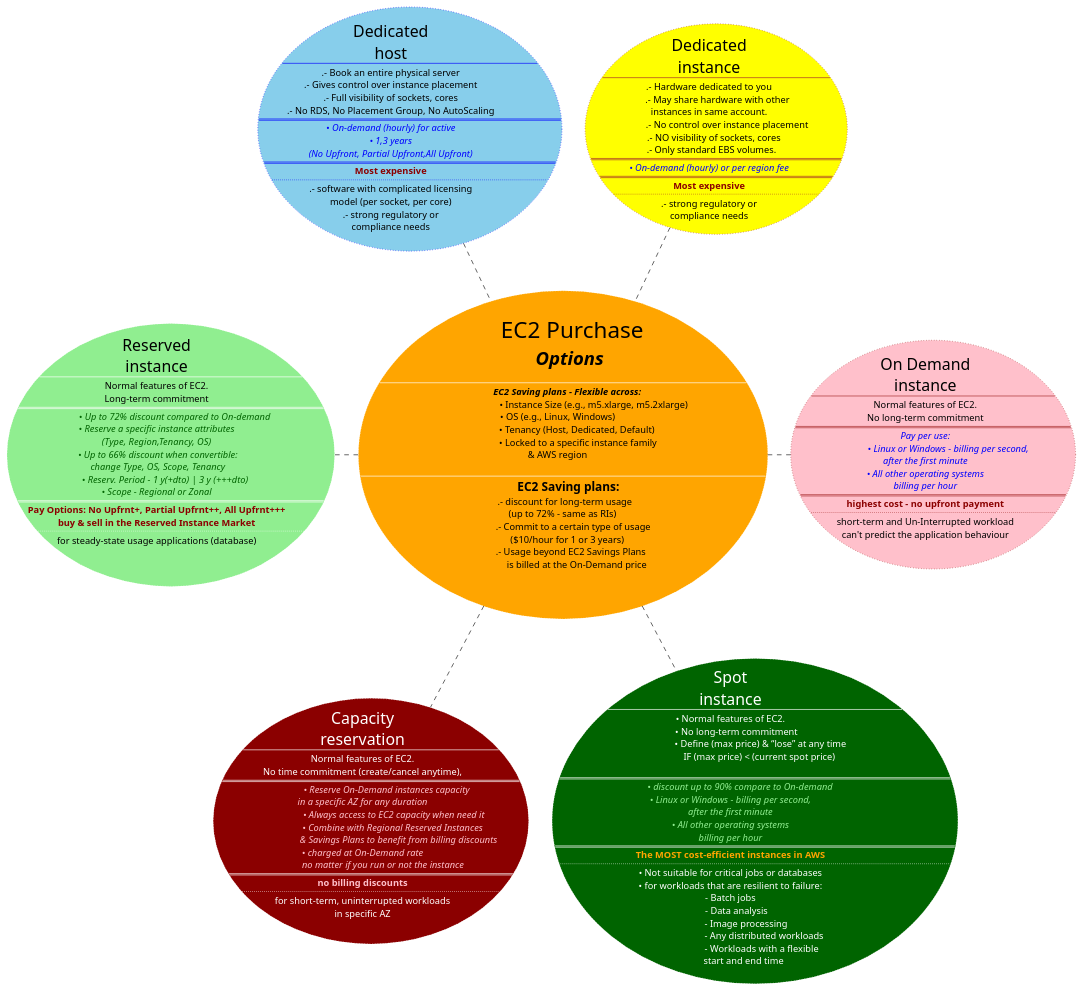
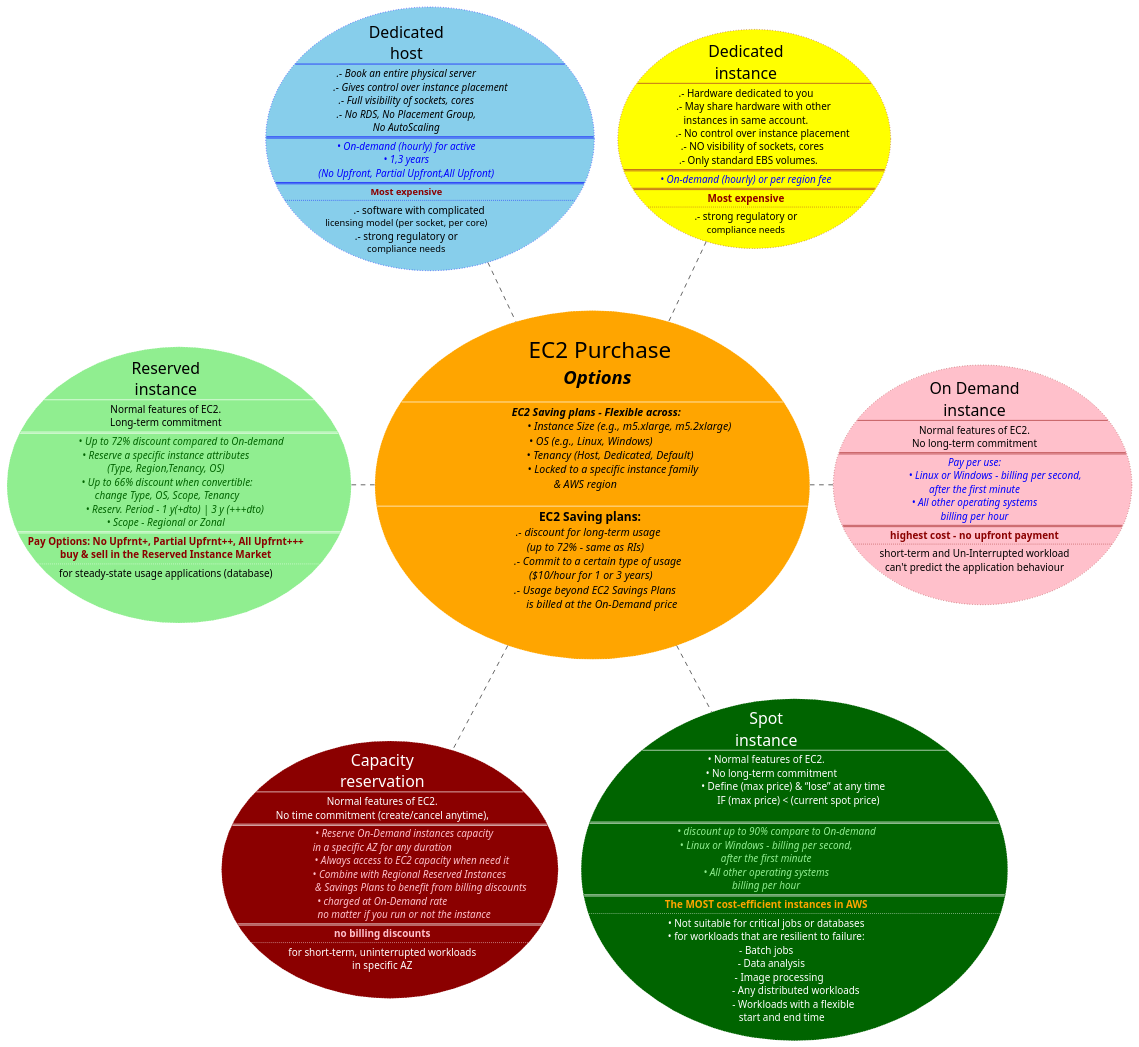
Before and after one commit to avall/AWS-SAA-C03: the diagram in assets/uml/003-ec2/ec2-purchase-options.puml, drawn with PlantUML. The commit also changed 1 other file, not shown here.

Commit message:
- EC2 purchase options

```diff
--- a/assets/uml/003-ec2/ec2-purchase-options.puml
+++ b/assets/uml/003-ec2/ec2-purchase-options.puml
@@ -1,171 +1,172 @@
 @startuml
 
 usecase purchase_options #orange;line:white;line.dotted;text:black [
   <font:impact><size:34>     EC2 Purchase</size></font>
   <i><size:28><b>     Options</b></size></i>
 
   ----
-  <b><i><size:14>        EC2 Saving plans - Flexible across:
-                                • Instance Size (e.g., m5.xlarge, m5.2xlarge)
-  • OS (e.g., Linux, Windows)
-                  • Tenancy (Host, Dedicated, Default)
-                   • Locked to a specific instance family
-& AWS region
+  <b><i><size:16>        EC2 Saving plans - Flexible across:
+<i><size:16>                                • Instance Size (e.g., m5.xlarge, m5.2xlarge)
+<i><size:16>    • OS (e.g., Linux, Windows)
+<i><size:16>                  • Tenancy (Host, Dedicated, Default)
+<i><size:16>                    • Locked to a specific instance family
+<i><size:16>& AWS region
 
   ----
-  <b><size:18>       EC2 Saving plans:
-        .- discount for long-term usage
-      (up to 72% - same as RIs)
-               .- Commit to a certain type of usage
-          ($10/hour for 1 or 3 years)
-             .- Usage beyond EC2 Savings Plans
-                  is billed at the On-Demand price
+<b><size:18>   EC2 Saving plans:
+<i><size:16>  .- discount for long-term usage
+<i><size:16>(up to 72% - same as RIs)
+<i><size:16>         .- Commit to a certain type of usage
+<i><size:16>    ($10/hour for 1 or 3 years)
+<i><size:16>       .- Usage beyond EC2 Savings Plans
+<i><size:16>            is billed at the On-Demand price
 \n
 ]
 
 usecase dedicated_host #skyblue;line:blue;line.dotted;text:black [
  <font:impact><size:24>Dedicated</size></font>
  <font:impact><size:24>host</size></font>
 ----
-.- Book an entire physical server
-.- Gives control over instance placement
-.- Full visibility of sockets, cores
-.- No RDS, No Placement Group, No AutoScaling
+<i><size:15>.- Book an entire physical server
+<i><size:15>           .- Gives control over instance placement
+<i><size:15>.- Full visibility of sockets, cores
+<i><size:15>.- No RDS, No Placement Group,
+<i><size:15>No AutoScaling
 ====
-<i><color:blue>• On-demand (hourly) for active</color></i>
-<i><color:blue>• 1,3 years</color></i>
-<i><color:blue>(No Upfront, Partial Upfront,All Upfront)</color></i>
+<i><size:15><color:blue>• On-demand (hourly) for active</color></i>
+<i><size:15><color:blue>• 1,3 years</color></i>
+<i><size:15><color:blue>(No Upfront, Partial Upfront,All Upfront)</color></i>
 ====
 <b><color:darkred>Most expensive</color></b>
 ....
-.- software with complicated licensing
-model (per socket, per core)
-.- strong regulatory or
+<size:15>          .- software with complicated
+licensing model (per socket, per core)
+<size:15>.- strong regulatory or
 compliance needs
 ]
 
 usecase dedicated_instance #yellow;line:brown;line.dotted;text:black [
  <font:impact><size:24>Dedicated</size></font>
  <font:impact><size:24>instance</size></font>
 ----
-.- Hardware dedicated to you
-        .- May share hardware with other
-instances in same account.
-                .- No control over instance placement
-     .- NO visibility of sockets, cores
-   .- Only standard EBS volumes.
+<size:15>.- Hardware dedicated to you
+<size:15>      .- May share hardware with other
+<size:15>instances in same account.
+<size:15>             .- No control over instance placement
+<size:15>     .- NO visibility of sockets, cores
+<size:15>  .- Only standard EBS volumes.
 ====
-<i><color:blue>• On-demand (hourly) or per region fee</color></i>
+<i><size:15><color:blue>• On-demand (hourly) or per region fee</color></i>
 ====
-<b><color:darkred>Most expensive</color></b>
+<b><size:15><color:darkred>Most expensive</color></b>
 ....
-.- strong regulatory or
+<size:15>.- strong regulatory or
 compliance needs
 ]
 
 usecase ec2_ondemand #pink;line:brown;line.dotted;text:black [
  <font:impact><size:24>On Demand</size></font>
  <font:impact><size:24>instance</size></font>
 ----
-Normal features of EC2.
-No long-term commitment
+<size:15>Normal features of EC2.
+<size:15>No long-term commitment
 ====
-<i><color:blue>Pay per use:
-<i><color:blue>                   • Linux or Windows - billing per second,
-<i><color:blue>after the first minute
-<i><color:blue>• All other operating systems
-<i><color:blue>billing per hour
+<i><size:15><color:blue>Pay per use:
+<i><size:15><color:blue>                • Linux or Windows - billing per second,
+<i><size:15><color:blue>after the first minute
+<i><size:15><color:blue>• All other operating systems
+<i><size:15><color:blue>billing per hour
 ====
-<b><color:darkred>highest cost - no upfront payment
+<b><size:15><color:darkred>highest cost - no upfront payment
 ....
-short-term and Un-Interrupted workload
-can't predict the application behaviour
+<size:15>short-term and Un-Interrupted workload
+<size:15>can't predict the application behaviour
 ]
 
 
 usecase ec2_capacity_reservation #darkred;line:white;line.dotted;text:white [
  <font:impact><size:24>Capacity</size></font>
  <font:impact><size:24>reservation</size></font>
 ----
-Normal features of EC2.
-No time commitment (create/cancel anytime),
+<size:15>Normal features of EC2.
+<size:15>No time commitment (create/cancel anytime),
 ====
-<i><color:pink>                    • Reserve On-Demand instances capacity
- <i><color:pink>in a specific AZ for any duration
-<i><color:pink>                          • Always access to EC2 capacity when need it
-<i><color:pink>                         • Combine with Regional Reserved Instances
-<i><color:pink>                              & Savings Plans to benefit from billing discounts
-<i><color:pink>• charged at On-Demand rate
- <i><color:pink>                 no matter if you run or not the instance
+<i><size:15><color:pink>                 • Reserve On-Demand instances capacity
+<i><size:15><color:pink>in a specific AZ for any duration
+<i><size:15><color:pink>                       • Always access to EC2 capacity when need it
+<i><size:15><color:pink>                     • Combine with Regional Reserved Instances
+<i><size:15><color:pink>                              & Savings Plans to benefit from billing discounts
+<i><size:15><color:pink>• charged at On-Demand rate
+<i><size:15><color:pink>                 no matter if you run or not the instance
 ====
-<b><color:pink>no billing discounts
+<b><size:15><color:pink>no billing discounts
 ....
-for short-term, uninterrupted workloads
-in specific AZ
+<size:15>for short-term, uninterrupted workloads
+<size:15>in specific AZ
 ]
 
 
 
 usecase ec2_spot_instance #darkgreen;line:white;line.dotted;text:white [
  <font:impact><size:24>Spot</size></font>
  <font:impact><size:24>instance</size></font>
 ----
-• Normal features of EC2.
-      • No long-term commitment
-                          • Define (max price) & “lose” at any time
-                         IF (max price) < (current spot price)
+<size:15>• Normal features of EC2.
+<size:15>    • No long-term commitment
+<size:15>                     • Define (max price) & “lose” at any time
+<size:15>                         IF (max price) < (current spot price)
 
 ====
-<i><color:lightgreen>        • discount up to 90% compare to On-demand
-<i><color:lightgreen>• Linux or Windows - billing per second,
-<i><color:lightgreen>after the first minute
-<i><color:lightgreen>• All other operating systems
-<i><color:lightgreen>billing per hour
+<i><size:15><color:lightgreen>        • discount up to 90% compare to On-demand
+<i><size:15><color:lightgreen>• Linux or Windows - billing per second,
+<i><size:15><color:lightgreen>after the first minute
+<i><size:15><color:lightgreen>• All other operating systems
+<i><size:15><color:lightgreen>billing per hour
 ====
-<b><color:orange>The MOST cost-efficient instances in AWS
+<b><size:15><color:orange>The MOST cost-efficient instances in AWS
 ....
-• Not suitable for critical jobs or databases
-• for workloads that are resilient to failure:
-- Batch jobs
-      - Data analysis
-              - Image processing
-                             - Any distributed workloads
-                           - Workloads with a flexible
-            start and end time
+<size:15>• Not suitable for critical jobs or databases
+<size:15>• for workloads that are resilient to failure:
+<size:15>- Batch jobs
+<size:15>    - Data analysis
+<size:15>          - Image processing
+<size:15>                       - Any distributed workloads
+<size:15>                     - Workloads with a flexible
+<size:15>            start and end time
 ]
 
 
 
 
 usecase ec2_reserved_instance #lightgreen;line:white;line.dotted;text:black [
  <font:impact><size:24>Reserved</size></font>
  <font:impact><size:24>instance</size></font>
 ----
-Normal features of EC2.
-Long-term commitment
+<size:15>Normal features of EC2.
+<size:15>Long-term commitment
 ====
-<i><color:darkgreen>               • Up to 72% discount compared to On-demand
-<i><color:darkgreen>• Reserve a specific instance attributes
-<i><color:darkgreen>(Type, Region,Tenancy, OS)
-<i><color:darkgreen> • Up to 66% discount when convertible:
-<i><color:darkgreen> change Type, OS, Scope, Tenancy
-<i><color:darkgreen>       • Reserv. Period – 1 y(+dto) | 3 y (+++dto)
-<i><color:darkgreen>• Scope – Regional or Zonal
+<i><size:15><color:darkgreen>            • Up to 72% discount compared to On-demand
+<i><size:15><color:darkgreen>• Reserve a specific instance attributes
+<i><size:15><color:darkgreen>(Type, Region,Tenancy, OS)
+<i><size:15><color:darkgreen> • Up to 66% discount when convertible:
+<i><size:15><color:darkgreen> change Type, OS, Scope, Tenancy
+<i><size:15><color:darkgreen>       • Reserv. Period – 1 y(+dto) | 3 y (+++dto)
+<i><size:15><color:darkgreen>• Scope – Regional or Zonal
 ====
-<b><color:darkred>Pay Options: No Upfrnt+, Partial Upfrnt++, All Upfrnt+++
-<b><color:darkred>buy & sell in the Reserved Instance Market
+<b><size:15><color:darkred>Pay Options: No Upfrnt+, Partial Upfrnt++, All Upfrnt+++
+<b><size:15><color:darkred>buy & sell in the Reserved Instance Market
 ....
-for steady-state usage applications (database)
+<size:15>for steady-state usage applications (database)
 
 ]
 
 
 
 
 purchase_options ..r.. ec2_ondemand
 purchase_options .u. dedicated_instance
 purchase_options .u. dedicated_host
 purchase_options .d. ec2_capacity_reservation
 purchase_options .d. ec2_spot_instance
 purchase_options .l. ec2_reserved_instance
 @enduml
```
